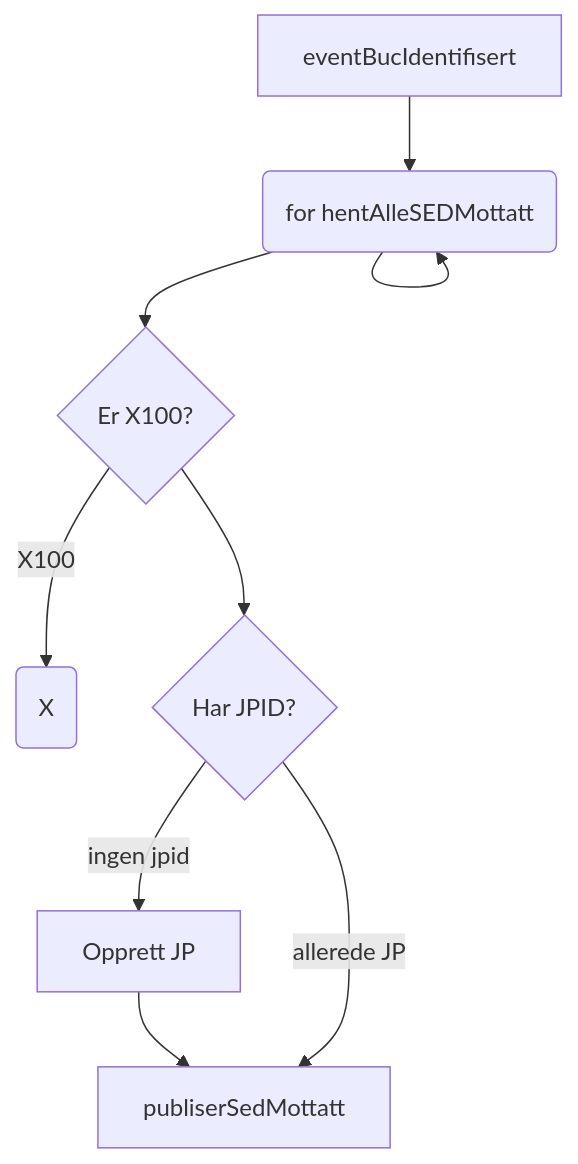
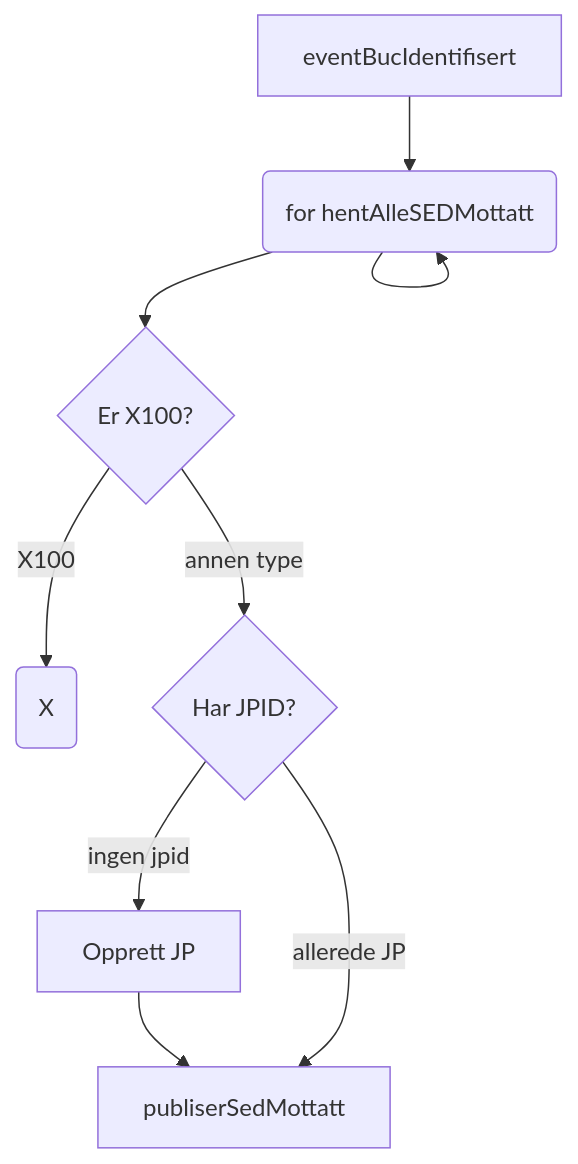
The diagram in diagrammer/BucIdentifisert.md (navikt/melosys-eessi), drawn with Mermaid before and after one commit. The commit also changed other lines of this file and 1 other file, not shown here.

Commit message:
Mer utfyllende mermaidkode

````diff
--- a/diagrammer/BucIdentifisert.md
+++ b/diagrammer/BucIdentifisert.md
@@ -1,13 +2,13 @@
 ```mermaid
 flowchart
     eventBucIdentifisert --> forHentAlleSedMottatt(for hentAlleSEDMottatt)
     forHentAlleSedMottatt --> forHentAlleSedMottatt
     forHentAlleSedMottatt --> sedIdentifisertType{Er X100?}
 
-    sedIdentifisertType --> |X100| sedIdentifisertErX100(X)
-    sedIdentifisertType --> harJpid{Har JPID?}
+    sedIdentifisertType --X100--> sedIdentifisertErX100(X)
+    sedIdentifisertType --annen type--> harJpid{Har JPID?}
 
-    harJpid --> |ingen jpid| opprettJp[Opprett JP]
+    harJpid --ingen jpid--> opprettJp[Opprett JP]
     opprettJp --> publiserSedMottatt
-    harJpid --> |allerede JP| publiserSedMottatt
+    harJpid --allerede JP--> publiserSedMottatt
 ```
````
